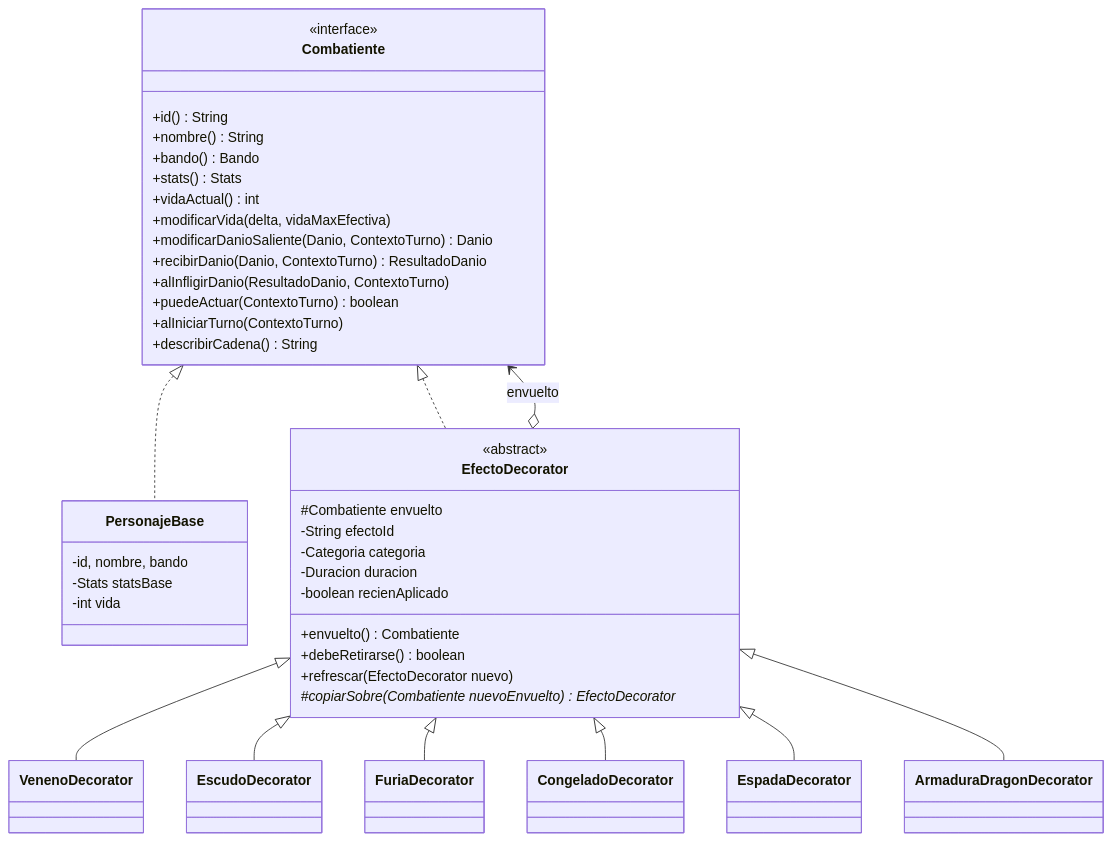
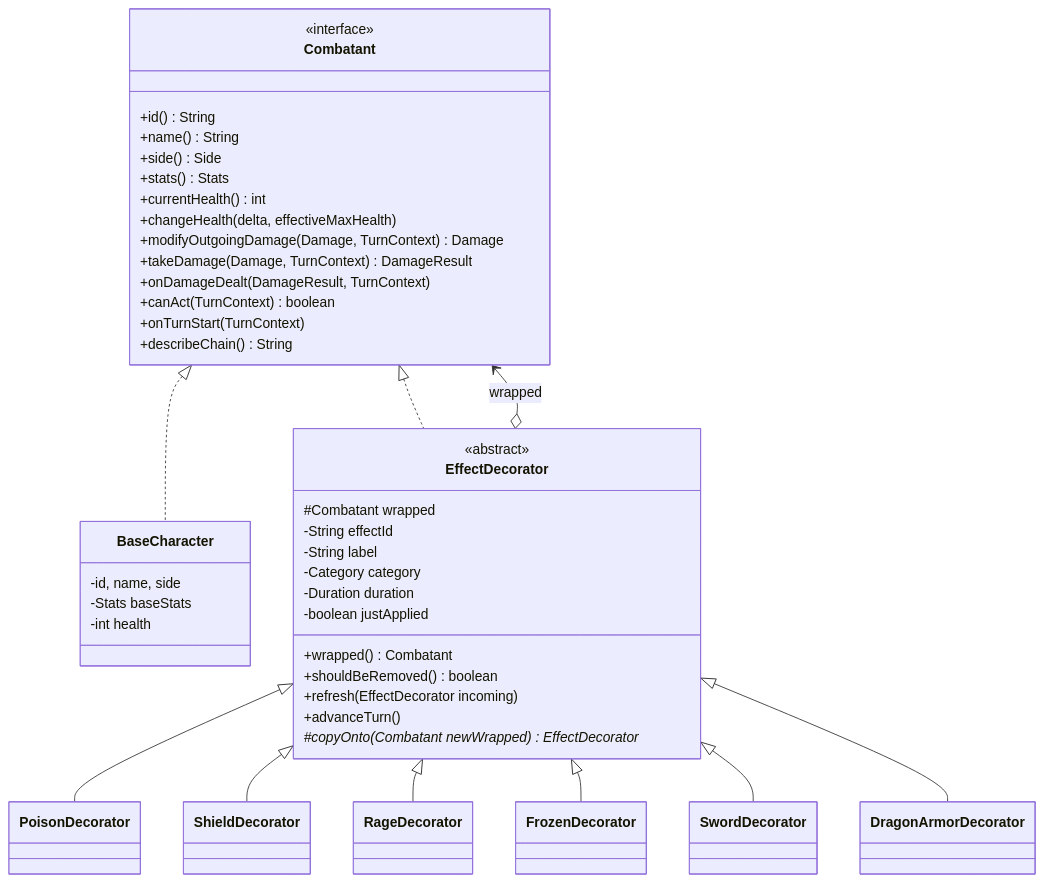
The diagram in specs/design.md (Josuram-xd/Patron-decorator), drawn with Mermaid before and after one commit. The commit also changed other lines of this file and 14 other files, not shown here.

````diff
--- a/specs/design.md
+++ b/specs/design.md
@@ -27,45 +28,47 @@
 ```mermaid
 classDiagram
     direction TB
-    class Combatiente {
+    class Combatant {
         <<interface>>
         +id() String
-        +nombre() String
-        +bando() Bando
+        +name() String
+        +side() Side
         +stats() Stats
-        +vidaActual() int
-        +modificarVida(delta, vidaMaxEfectiva)
-        +modificarDanioSaliente(Danio, ContextoTurno) Danio
-        +recibirDanio(Danio, ContextoTurno) ResultadoDanio
-        +alInfligirDanio(ResultadoDanio, ContextoTurno)
-        +puedeActuar(ContextoTurno) boolean
-        +alIniciarTurno(ContextoTurno)
-        +describirCadena() String
+        +currentHealth() int
+        +changeHealth(delta, effectiveMaxHealth)
+        +modifyOutgoingDamage(Damage, TurnContext) Damage
+        +takeDamage(Damage, TurnContext) DamageResult
+        +onDamageDealt(DamageResult, TurnContext)
+        +canAct(TurnContext) boolean
+        +onTurnStart(TurnContext)
+        +describeChain() String
     }
-    class PersonajeBase {
-        -id, nombre, bando
-        -Stats statsBase
-        -int vida
+    class BaseCharacter {
+        -id, name, side
+        -Stats baseStats
+        -int health
     }
-    class EfectoDecorator {
+    class EffectDecorator {
         <<abstract>>
-        #Combatiente envuelto
-        -String efectoId
-        -Categoria categoria
-        -Duracion duracion
-        -boolean recienAplicado
-        +envuelto() Combatiente
-        +debeRetirarse() boolean
-        +refrescar(EfectoDecorator nuevo)
-        #copiarSobre(Combatiente nuevoEnvuelto)* EfectoDecorator
+        #Combatant wrapped
+        -String effectId
+        -String label
+        -Category category
+        -Duration duration
+        -boolean justApplied
+        +wrapped() Combatant
+        +shouldBeRemoved() boolean
+        +refresh(EffectDecorator incoming)
+        +advanceTurn()
+        #copyOnto(Combatant newWrapped)* EffectDecorator
     }
-    Combatiente <|.. PersonajeBase
-    Combatiente <|.. EfectoDecorator
-    EfectoDecorator o--> Combatiente : envuelto
-    EfectoDecorator <|-- VenenoDecorator
-    EfectoDecorator <|-- EscudoDecorator
-    EfectoDecorator <|-- FuriaDecorator
-    EfectoDecorator <|-- CongeladoDecorator
-    EfectoDecorator <|-- EspadaDecorator
-    EfectoDecorator <|-- ArmaduraDragonDecorator
+    Combatant <|.. BaseCharacter
+    Combatant <|.. EffectDecorator
+    EffectDecorator o--> Combatant : wrapped
+    EffectDecorator <|-- PoisonDecorator
+    EffectDecorator <|-- ShieldDecorator
+    EffectDecorator <|-- RageDecorator
+    EffectDecorator <|-- FrozenDecorator
+    EffectDecorator <|-- SwordDecorator
+    EffectDecorator <|-- DragonArmorDecorator
 ```
````
